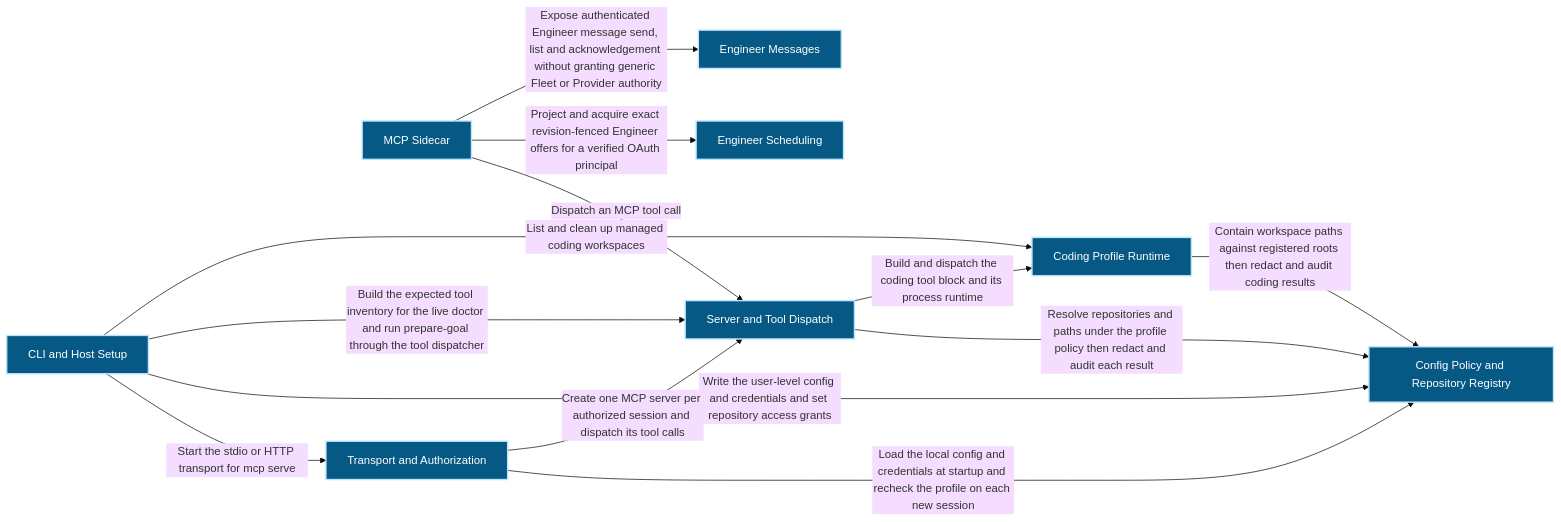
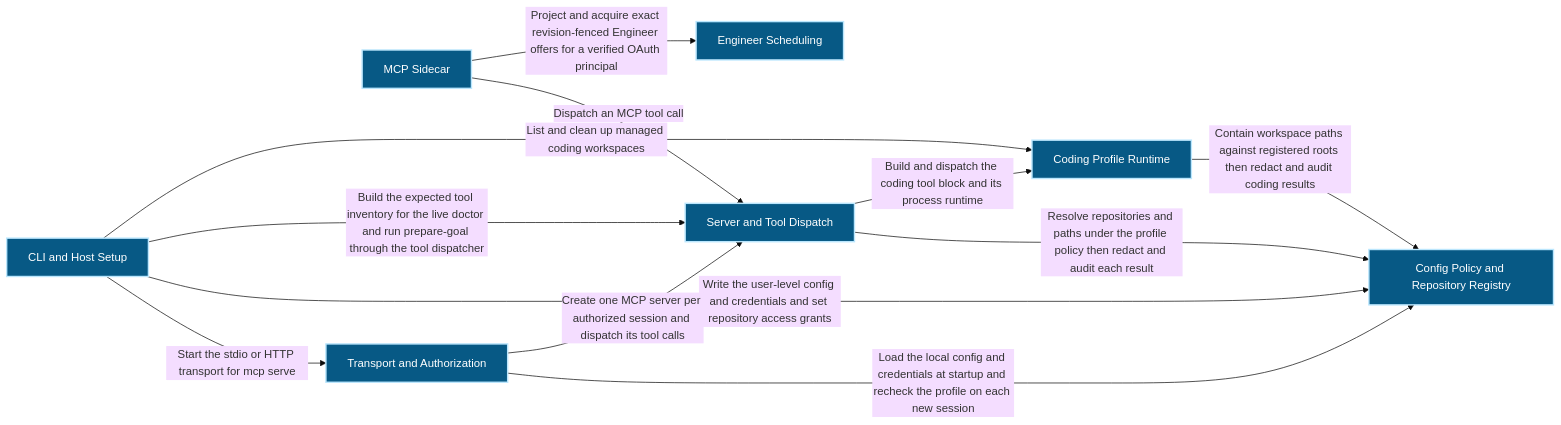
Before and after one commit to Ancienttwo/repo-harness: the first of 4 diagrams in docs/architecture/modules/runtime-harness/mcp-sidecar.md, drawn with Mermaid (base theme). The commit also changed other lines of this file and 24 other files, not shown here.

Commit message:
docs(architecture): rebuild projection after capability retirement

````diff
--- a/docs/architecture/modules/runtime-harness/mcp-sidecar.md
+++ b/docs/architecture/modules/runtime-harness/mcp-sidecar.md
@@ -15,27 +15,25 @@
 ```mermaid
 flowchart LR
-  p1_capability_runtime_harness_engineer_messages_f10d1d17["Engineer Messages"]:::component
   p1_capability_runtime_harness_engineer_scheduling_022bd8e0["Engineer Scheduling"]:::component
   p1_capability_runtime_harness_mcp_sidecar_4e12aaf3["MCP Sidecar"]:::component
   p1_component_mcp_sidecar_coding_profile_c04b21a1["Coding Profile Runtime"]:::component
   p1_component_mcp_sidecar_host_setup_a05a1958["CLI and Host Setup"]:::component
   p1_component_mcp_sidecar_primary_8f9b418c["Server and Tool Dispatch"]:::component
   p1_component_mcp_sidecar_repo_policy_registry_40f1ea26["Config Policy and Repository Registry"]:::component
   p1_component_mcp_sidecar_transport_auth_2511e63e["Transport and Authorization"]:::component
   p1_component_mcp_sidecar_coding_profile_c04b21a1 -->|"Contain workspace paths against registered roots then redact and audit coding results"| p1_component_mcp_sidecar_repo_policy_registry_40f1ea26
-  p1_capability_runtime_harness_mcp_sidecar_4e12aaf3 -->|"Expose authenticated Engineer message send#44; list and acknowledgement without granting generic Fleet or Provider authority"| p1_capability_runtime_harness_engineer_messages_f10d1d17
   p1_capability_runtime_harness_mcp_sidecar_4e12aaf3 -->|"Project and acquire exact revision-fenced Engineer offers for a verified OAuth principal"| p1_capability_runtime_harness_engineer_scheduling_022bd8e0
   p1_component_mcp_sidecar_host_setup_a05a1958 -->|"List and clean up managed coding workspaces"| p1_component_mcp_sidecar_coding_profile_c04b21a1
   p1_component_mcp_sidecar_host_setup_a05a1958 -->|"Build the expected tool inventory for the live doctor and run prepare-goal through the tool dispatcher"| p1_component_mcp_sidecar_primary_8f9b418c
   p1_component_mcp_sidecar_host_setup_a05a1958 -->|"Write the user-level config and credentials and set repository access grants"| p1_component_mcp_sidecar_repo_policy_registry_40f1ea26
   p1_component_mcp_sidecar_host_setup_a05a1958 -->|"Start the stdio or HTTP transport for mcp serve"| p1_component_mcp_sidecar_transport_auth_2511e63e
   p1_capability_runtime_harness_mcp_sidecar_4e12aaf3 -->|"Dispatch an MCP tool call"| p1_component_mcp_sidecar_primary_8f9b418c
   p1_component_mcp_sidecar_primary_8f9b418c -->|"Build and dispatch the coding tool block and its process runtime"| p1_component_mcp_sidecar_coding_profile_c04b21a1
   p1_component_mcp_sidecar_primary_8f9b418c -->|"Resolve repositories and paths under the profile policy then redact and audit each result"| p1_component_mcp_sidecar_repo_policy_registry_40f1ea26
   p1_component_mcp_sidecar_transport_auth_2511e63e -->|"Create one MCP server per authorized session and dispatch its tool calls"| p1_component_mcp_sidecar_primary_8f9b418c
   p1_component_mcp_sidecar_transport_auth_2511e63e -->|"Load the local config and credentials at startup and recheck the profile on each new session"| p1_component_mcp_sidecar_repo_policy_registry_40f1ea26
   classDef actor fill:#111827,color:#ffffff,stroke:#f9fafb,stroke-width:2px
   classDef component fill:#075985,color:#ffffff,stroke:#bae6fd,stroke-width:2px
   classDef datastore fill:#3f6212,color:#ffffff,stroke:#d9f99d,stroke-width:2px
   classDef external fill:#7c2d12,color:#ffffff,stroke:#fed7aa,stroke-width:2px
 ```
````
